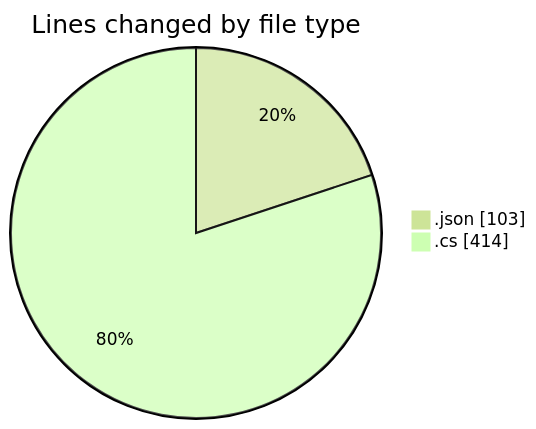
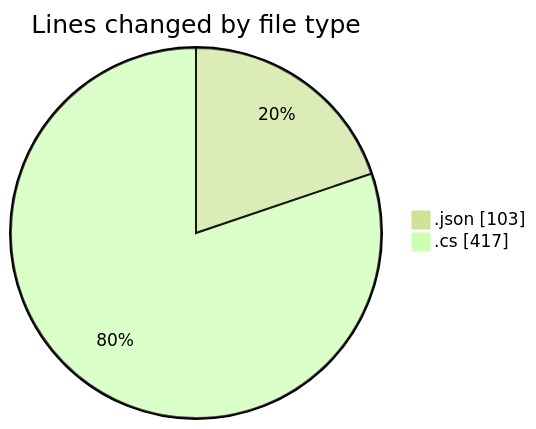
Before and after one commit to Netris89/code-tracking: the first of 2 diagrams in 2025-03-20/back-end/README.md, drawn with Mermaid (forest theme). The commit also changed other lines of this file and 1 other file, not shown here.

````diff
--- a/2025-03-20/back-end/README.md
+++ b/2025-03-20/back-end/README.md
@@ -23,6 +23,6 @@
 ```mermaid
 pie showData
 title Lines changed by file type
 ".json" : 103
-".cs" : 414
+".cs" : 417
 ```
````
